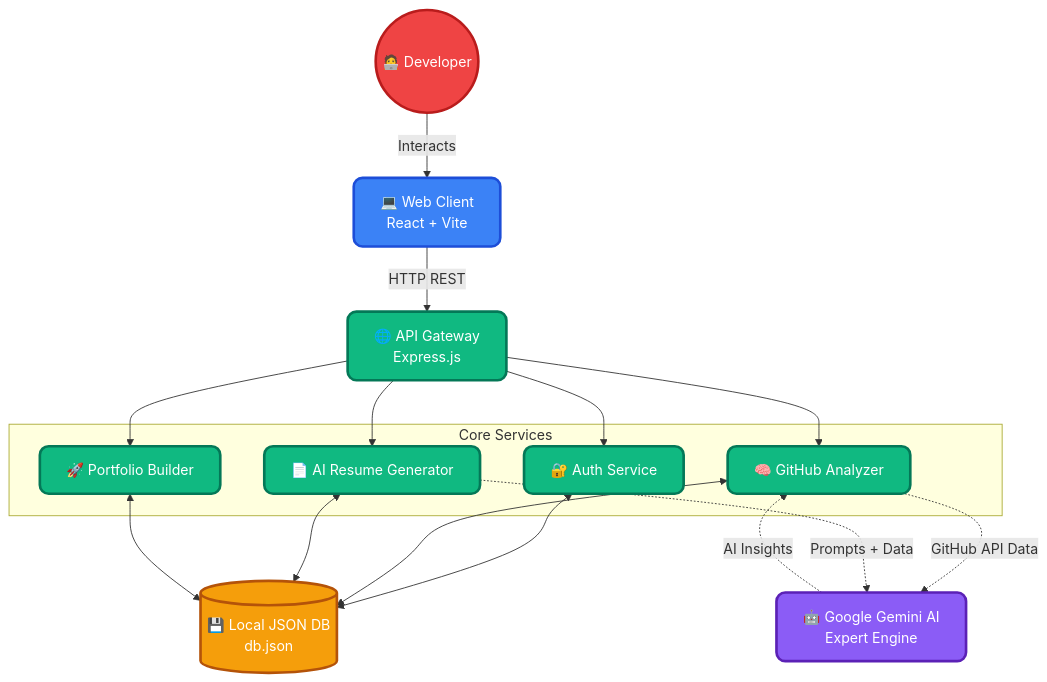
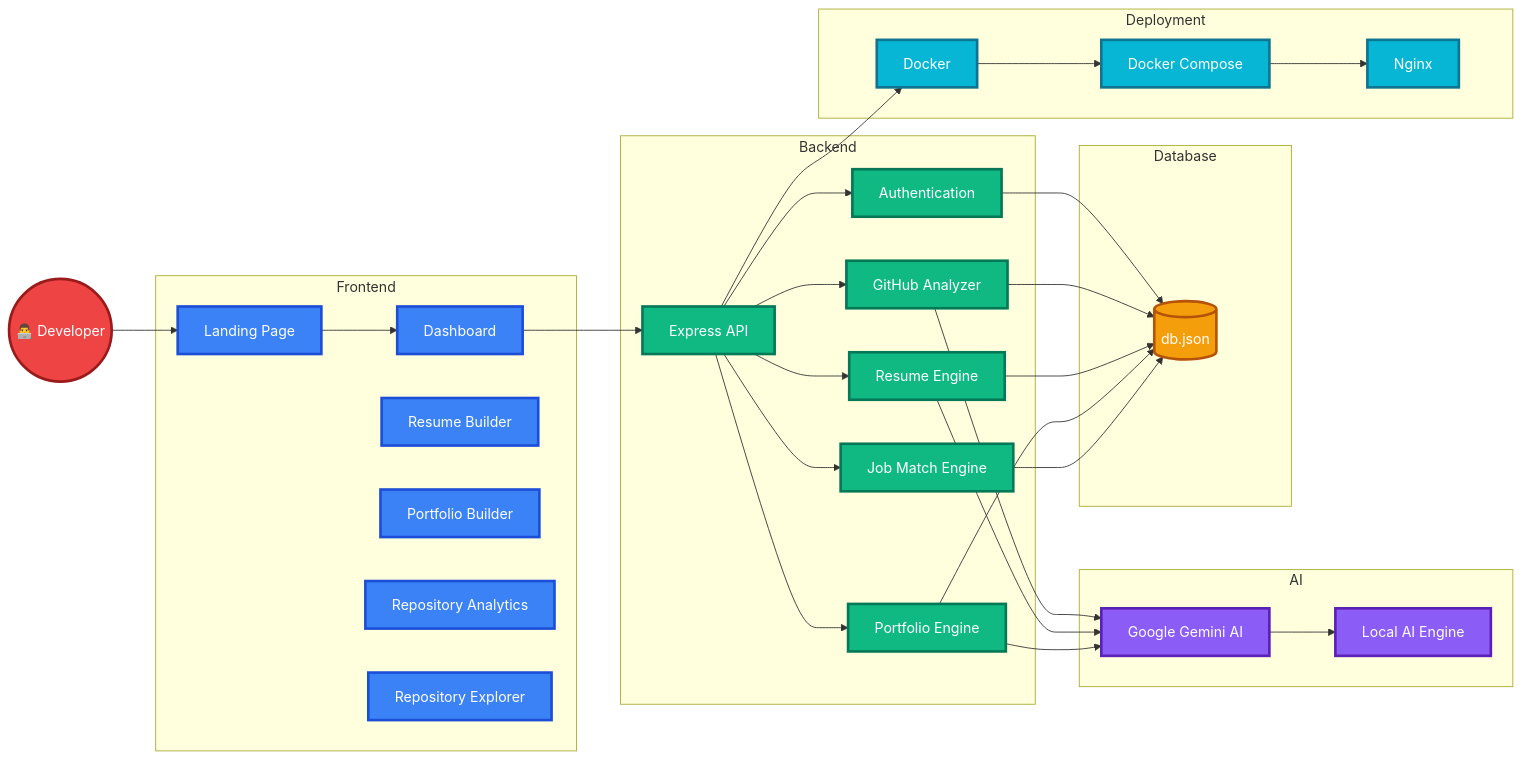
The first of 7 diagrams in README.md (Saurav6200907210/DevForge-AI), drawn with Mermaid before and after one commit. The commit also changed other lines of this file, not shown here.

````diff
--- a/README.md
+++ b/README.md
@@ -36,39 +243,79 @@
 ```mermaid
-graph TD
-    %% Colorful Styling
-    classDef frontend fill:#3b82f6,stroke:#1d4ed8,stroke-width:3px,color:#fff,rx:10px,ry:10px;
-    classDef backend fill:#10b981,stroke:#047857,stroke-width:3px,color:#fff,rx:10px,ry:10px;
-    classDef database fill:#f59e0b,stroke:#b45309,stroke-width:3px,color:#fff,rx:10px,ry:10px;
-    classDef aibox fill:#8b5cf6,stroke:#5b21b6,stroke-width:3px,color:#fff,rx:10px,ry:10px;
-    classDef user fill:#ef4444,stroke:#b91c1c,stroke-width:3px,color:#fff,rx:100px,ry:100px;
+flowchart LR
 
-    User((🧑‍💻 Developer)):::user
-    Client[💻 Web Client<br/>React + Vite]:::frontend
-    Gateway[🌐 API Gateway<br/>Express.js]:::backend
-    
-    subgraph Core Services
-        Auth[🔐 Auth Service]:::backend
-        Analysis[🧠 GitHub Analyzer]:::backend
-        ResumeGen[📄 AI Resume Generator]:::backend
-        PortfolioGen[🚀 Portfolio Builder]:::backend
-    end
+%% Colors
+classDef user fill:#ef4444,color:#fff,stroke:#991b1b,stroke-width:3px;
+classDef frontend fill:#3b82f6,color:#fff,stroke:#1d4ed8,stroke-width:3px;
+classDef backend fill:#10b981,color:#fff,stroke:#047857,stroke-width:3px;
+classDef database fill:#f59e0b,color:#fff,stroke:#b45309,stroke-width:3px;
+classDef ai fill:#8b5cf6,color:#fff,stroke:#5b21b6,stroke-width:3px;
+classDef deploy fill:#06b6d4,color:#fff,stroke:#0e7490,stroke-width:3px;
 
-    DB[(💾 Local JSON DB<br/>db.json)]:::database
-    Gemini[🤖 Google Gemini AI<br/>Expert Engine]:::aibox
+U((👨‍💻 Developer)):::user
 
-    User -->|Interacts| Client
-    Client -->|HTTP REST| Gateway
-    Gateway --> Auth
-    Gateway --> Analysis
-    Gateway --> ResumeGen
-    Gateway --> PortfolioGen
+subgraph Frontend
+L[Landing Page]
+D[Dashboard]
+R[Resume Builder]
+P[Portfolio Builder]
+A[Repository Analytics]
+E[Repository Explorer]
+end
 
-    Auth <--> DB
-    Analysis <--> DB
-    ResumeGen <--> DB
-    PortfolioGen <--> DB
+subgraph Backend
+API[Express API]
+AUTH[Authentication]
+ANA[GitHub Analyzer]
+RES[Resume Engine]
+PORT[Portfolio Engine]
+JOB[Job Match Engine]
+end
 
-    Analysis -.->|GitHub API Data| Gemini
-    ResumeGen -.->|Prompts + Data| Gemini
-    Gemini -.->|AI Insights| Analysis
+subgraph AI
+GEM[Google Gemini AI]
+RULE[Local AI Engine]
+end
+
+subgraph Database
+DB[(db.json)]
+end
+
+subgraph Deployment
+DOC[Docker]
+COMP[Docker Compose]
+NG[Nginx]
+end
+
+U --> L
+L --> D
+D --> API
+
+API --> AUTH
+API --> ANA
+API --> RES
+API --> PORT
+API --> JOB
+
+ANA --> GEM
+RES --> GEM
+PORT --> GEM
+
+GEM --> RULE
+
+AUTH --> DB
+ANA --> DB
+RES --> DB
+PORT --> DB
+JOB --> DB
+
+API --> DOC
+DOC --> COMP
+COMP --> NG
+
+class U user
+class L,D,R,P,A,E frontend
+class API,AUTH,ANA,RES,PORT,JOB backend
+class DB database
+class GEM,RULE ai
+class DOC,COMP,NG deploy
 ```
````
